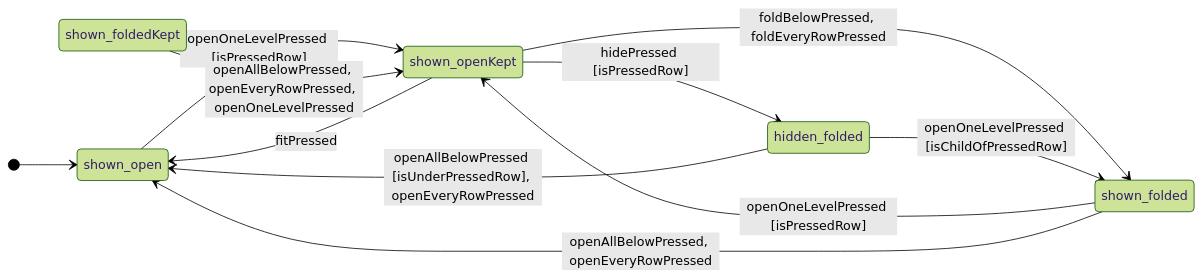
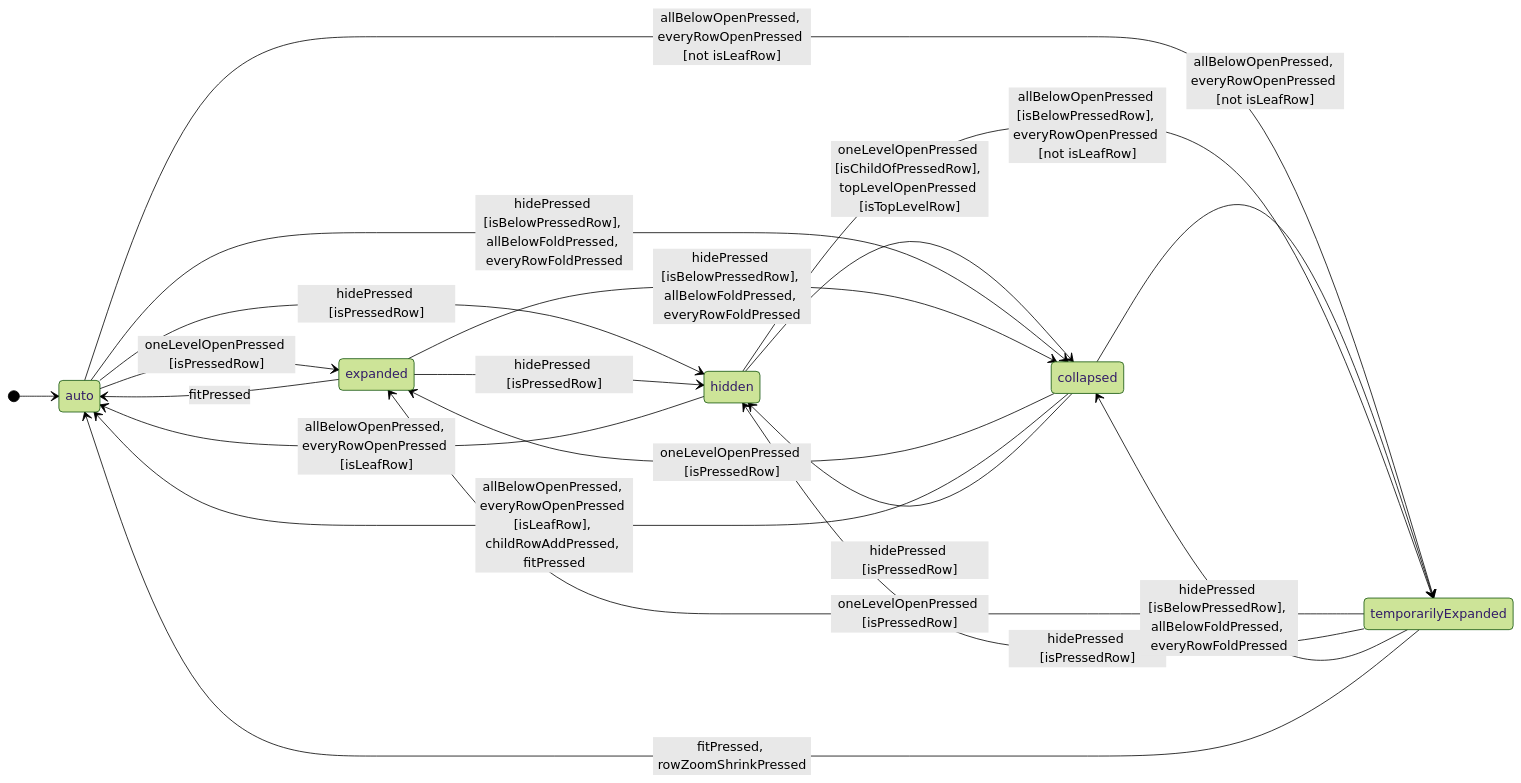
One commit to GoodRelax/gr-scheduler changed the diagram in change-request/CR-570-open-all-draws-every-level-until-the-row-zoom-shrinks.md. Above: the diagram before and after it, drawn with Mermaid (forest theme). The commit also changed other lines of this file, not shown here.

First line of the commit message:
Rewrite CR-570 around one saved treeState of five values per row

````diff
--- a/change-request/CR-570-open-all-draws-every-level-until-the-row-zoom-shrinks.md
+++ b/change-request/CR-570-open-all-draws-every-level-until-the-row-zoom-shrinks.md
@@ -932,14 +758,23 @@
 ```mermaid
 stateDiagram-v2
     direction LR
-    [*] --> shown_open
-    shown_open --> shown_openKept : openOneLevelPressed [isPressedRow]
-    shown_folded --> shown_openKept : openOneLevelPressed [isPressedRow]
-    shown_openKept --> shown_folded : foldBelowPressed, foldEveryRowPressed
-    shown_openKept --> hidden_folded : hidePressed [isPressedRow]
-    shown_openKept --> shown_open : fitPressed
-    shown_folded --> shown_open : openAllBelowPressed, openEveryRowPressed
-    shown_foldedKept --> shown_openKept : openAllBelowPressed, openEveryRowPressed, openOneLevelPressed
-    hidden_folded --> shown_folded : openOneLevelPressed [isChildOfPressedRow]
-    hidden_folded --> shown_open : openAllBelowPressed [isUnderPressedRow], openEveryRowPressed
+    [*] --> auto
+    auto --> expanded : oneLevelOpenPressed [isPressedRow]
+    collapsed --> expanded : oneLevelOpenPressed [isPressedRow]
+    temporarilyExpanded --> expanded : oneLevelOpenPressed [isPressedRow]
+    hidden --> collapsed : oneLevelOpenPressed [isChildOfPressedRow], topLevelOpenPressed [isTopLevelRow]
+    auto --> temporarilyExpanded : allBelowOpenPressed, everyRowOpenPressed [not isLeafRow]
+    collapsed --> temporarilyExpanded : allBelowOpenPressed, everyRowOpenPressed [not isLeafRow]
+    hidden --> temporarilyExpanded : allBelowOpenPressed [isBelowPressedRow], everyRowOpenPressed [not isLeafRow]
+    collapsed --> auto : allBelowOpenPressed, everyRowOpenPressed [isLeafRow], childRowAddPressed, fitPressed
+    hidden --> auto : allBelowOpenPressed, everyRowOpenPressed [isLeafRow]
+    auto --> hidden : hidePressed [isPressedRow]
+    collapsed --> hidden : hidePressed [isPressedRow]
+    expanded --> hidden : hidePressed [isPressedRow]
+    temporarilyExpanded --> hidden : hidePressed [isPressedRow]
+    auto --> collapsed : hidePressed [isBelowPressedRow], allBelowFoldPressed, everyRowFoldPressed
+    expanded --> collapsed : hidePressed [isBelowPressedRow], allBelowFoldPressed, everyRowFoldPressed
+    temporarilyExpanded --> collapsed : hidePressed [isBelowPressedRow], allBelowFoldPressed, everyRowFoldPressed
+    expanded --> auto : fitPressed
+    temporarilyExpanded --> auto : fitPressed, rowZoomShrinkPressed
 ```
````
